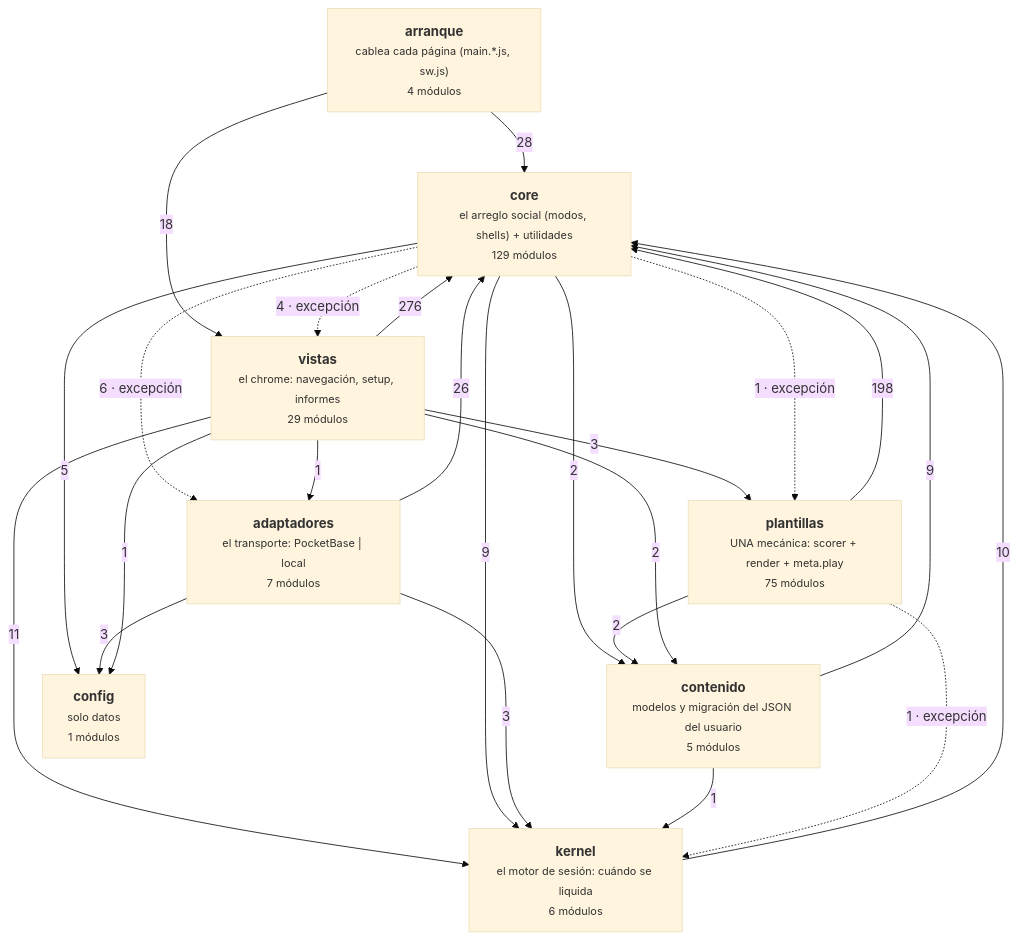
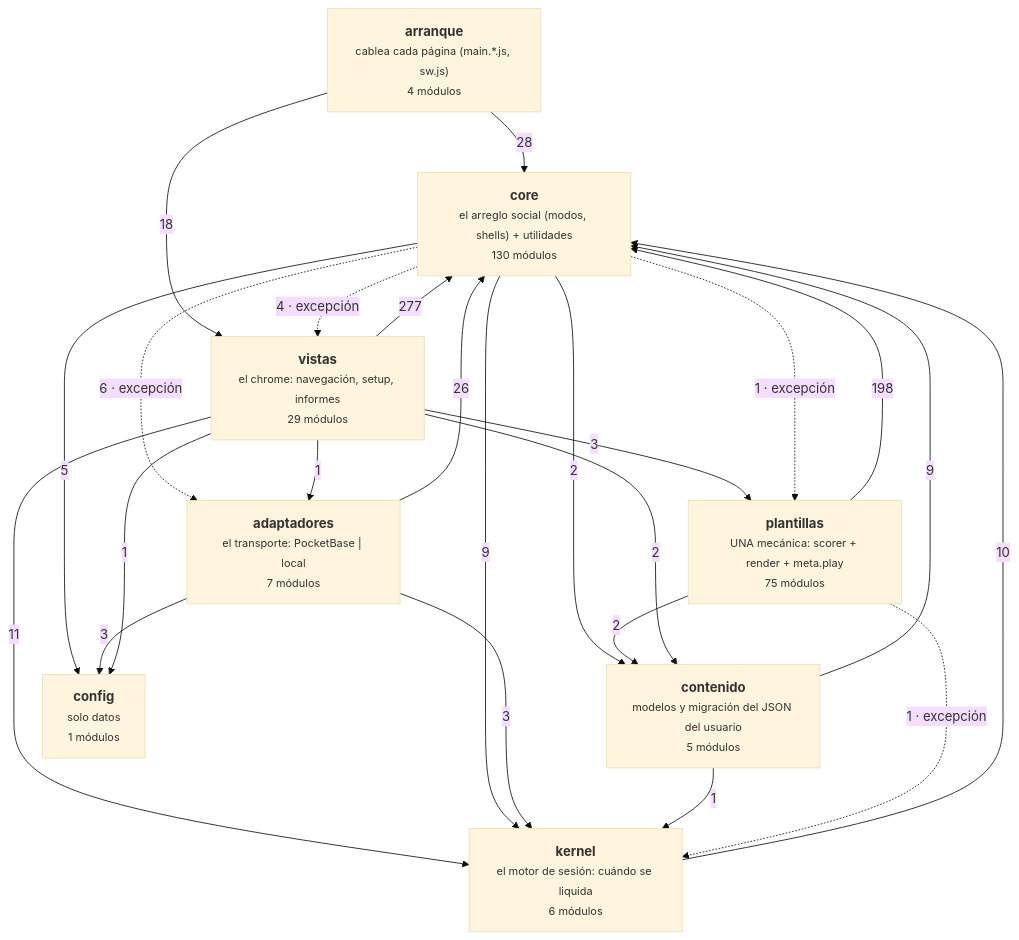
The diagram in docs/arquitectura-modulos.md (duecaz/ac), drawn with Mermaid (base theme) before and after one commit. The commit also changed other lines of this file and 6 other files, not shown here.

````diff
--- a/docs/arquitectura-modulos.md
+++ b/docs/arquitectura-modulos.md
@@ -56,34 +56,34 @@
 ```mermaid
 graph TD
   A["<b>arranque</b><br/><small>cablea cada página (main.*.js, sw.js)</small><br/><small>4 módulos</small>"]
   V["<b>vistas</b><br/><small>el chrome: navegación, setup, informes</small><br/><small>29 módulos</small>"]
   AD["<b>adaptadores</b><br/><small>el transporte: PocketBase | local</small><br/><small>7 módulos</small>"]
-  C["<b>core</b><br/><small>el arreglo social (modos, shells) + utilidades</small><br/><small>129 módulos</small>"]
+  C["<b>core</b><br/><small>el arreglo social (modos, shells) + utilidades</small><br/><small>130 módulos</small>"]
   K["<b>kernel</b><br/><small>el motor de sesión: cuándo se liquida</small><br/><small>6 módulos</small>"]
   T["<b>plantillas</b><br/><small>UNA mecánica: scorer + render + meta.play</small><br/><small>75 módulos</small>"]
   CO["<b>contenido</b><br/><small>modelos y migración del JSON del usuario</small><br/><small>5 módulos</small>"]
   CF["<b>config</b><br/><small>solo datos</small><br/><small>1 módulos</small>"]
-  V -->|276| C
+  V -->|277| C
   T -->|198| C
   A -->|28| C
   AD -->|26| C
   A -->|18| V
   V -->|11| K
   K -->|10| C
   C -->|9| K
   CO -->|9| C
   C -.->|6 · excepción| AD
   C -->|5| CF
   C -.->|4 · excepción| V
   AD -->|3| CF
   AD -->|3| K
   V -->|3| T
   C -->|2| CO
   T -->|2| CO
   V -->|2| CO
   C -.->|1 · excepción| T
   CO -->|1| K
   T -.->|1 · excepción| K
   V -->|1| AD
   V -->|1| CF
 ```
````
